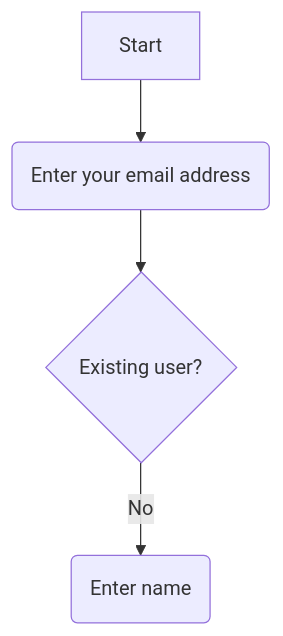
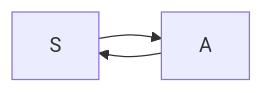
The second of 3 diagrams in README.md (bienfaitshm/apis_ttm_v2), drawn with Mermaid before and after one commit. The commit also changed other lines of this file and 9 other files, not shown here.

````diff
--- a/README.md
+++ b/README.md
@@ -17,7 +33,5 @@
 ```mermaid
-flowchart
-    S[Start] -->A;
-    A(Enter your email address) -->B{Existing user?};
-    B-->|No| C(Enter name)
-
+flowchart LR
+    S -->A;
+    A-->S;
 ```
````
